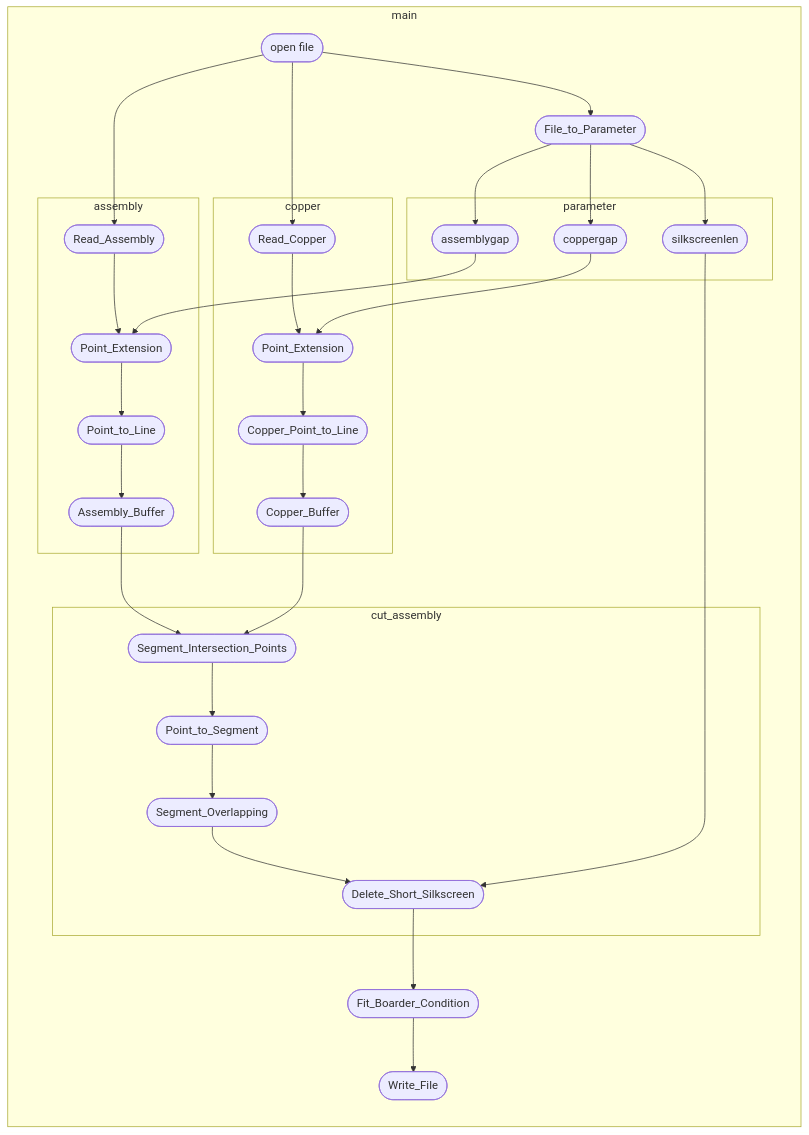
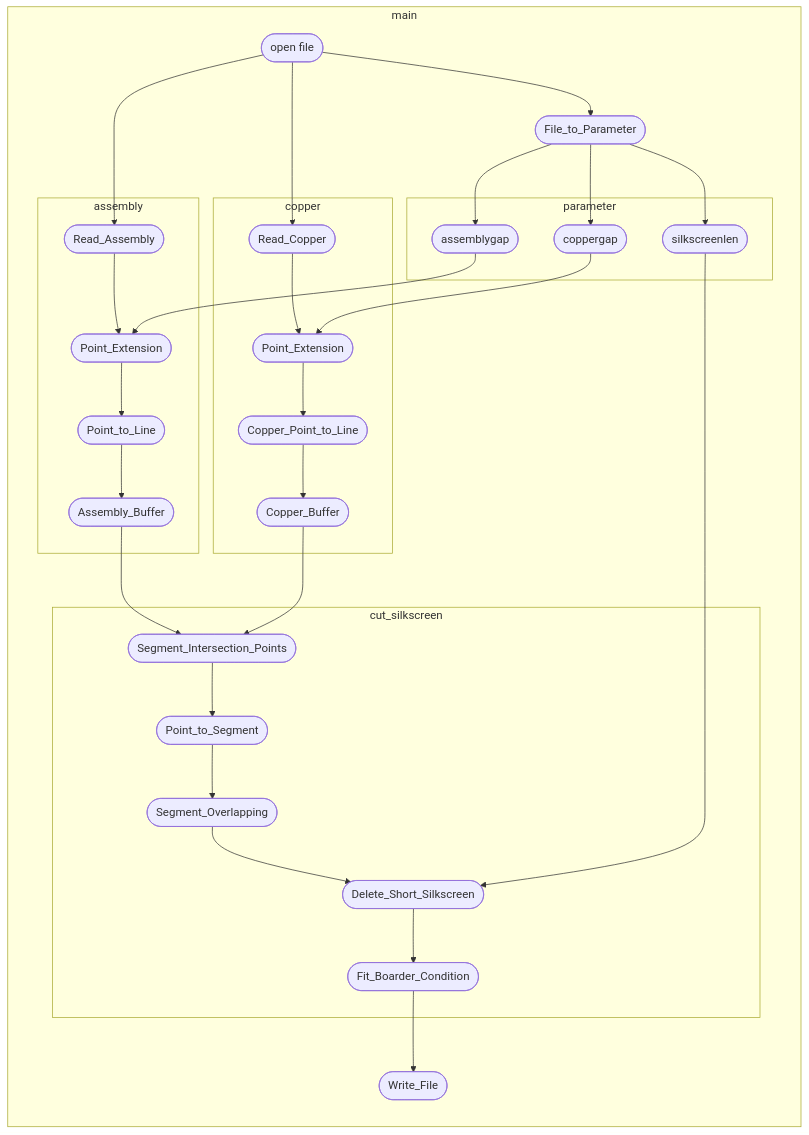
One commit to PeterChiang0101/ICCAD-Contest changed the diagram in README.md. Above: the diagram before and after it, drawn with Mermaid. The commit also changed 6 other files, not shown here.

````diff
--- a/README.md
+++ b/README.md
@@ -100,65 +100,65 @@
 ```mermaid
 flowchart LR
     subgraph main
 
     a0([open file])
     a1([File_to_Parameter])
     a6([Write_File])
-    a7([Fit_Boarder_Condition])
 
         subgraph parameter
         b1([assemblygap])
         b2([coppergap])
         b3([silkscreenlen])
         end 
 
         subgraph assembly
         a2([Read_Assembly])
         c1([Point_Extension])
         c2([Point_to_Line])
         a4([Assembly_Buffer])
         end
 
         subgraph copper
         a3([Read_Copper])
         d1([Point_Extension])
         d2([Copper_Point_to_Line])
         a5([Copper_Buffer])
         end
 
-        subgraph cut_assembly
+        subgraph cut_silkscreen
         e1([Segment_Intersection_Points])
         e2([Point_to_Segment])
         e3([Segment_Overlapping])
         e4([Delete_Short_Silkscreen])
+        a7([Fit_Boarder_Condition])
         end
     end
     
     a0 --> a1
     a0 --> a2
     a0 --> a3
     a1 --> b1
     a1 --> b2
     a1 --> b3
 
     a2 --> c1
     c1 --> c2
     c2 --> a4
 
     a3 --> d1
     d1 --> d2
     d2 --> a5
 
     b1 --> c1
     b2 --> d1 
 
     a4 --> e1
     a5 --> e1
     e1 --> e2
     e2 --> e3
     e3 --> e4
     b3 --> e4
 
     e4 --> a7
     a7 --> a6
 ```
````
